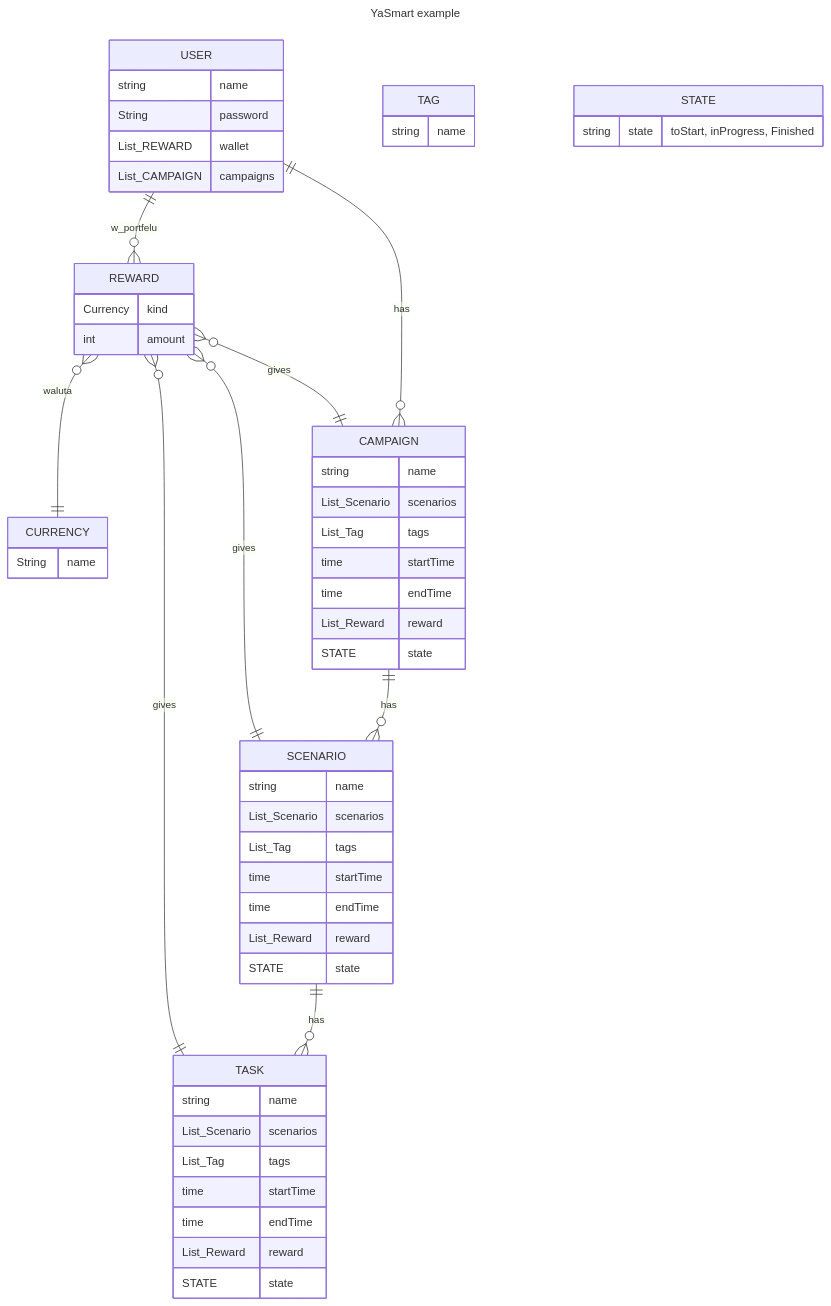
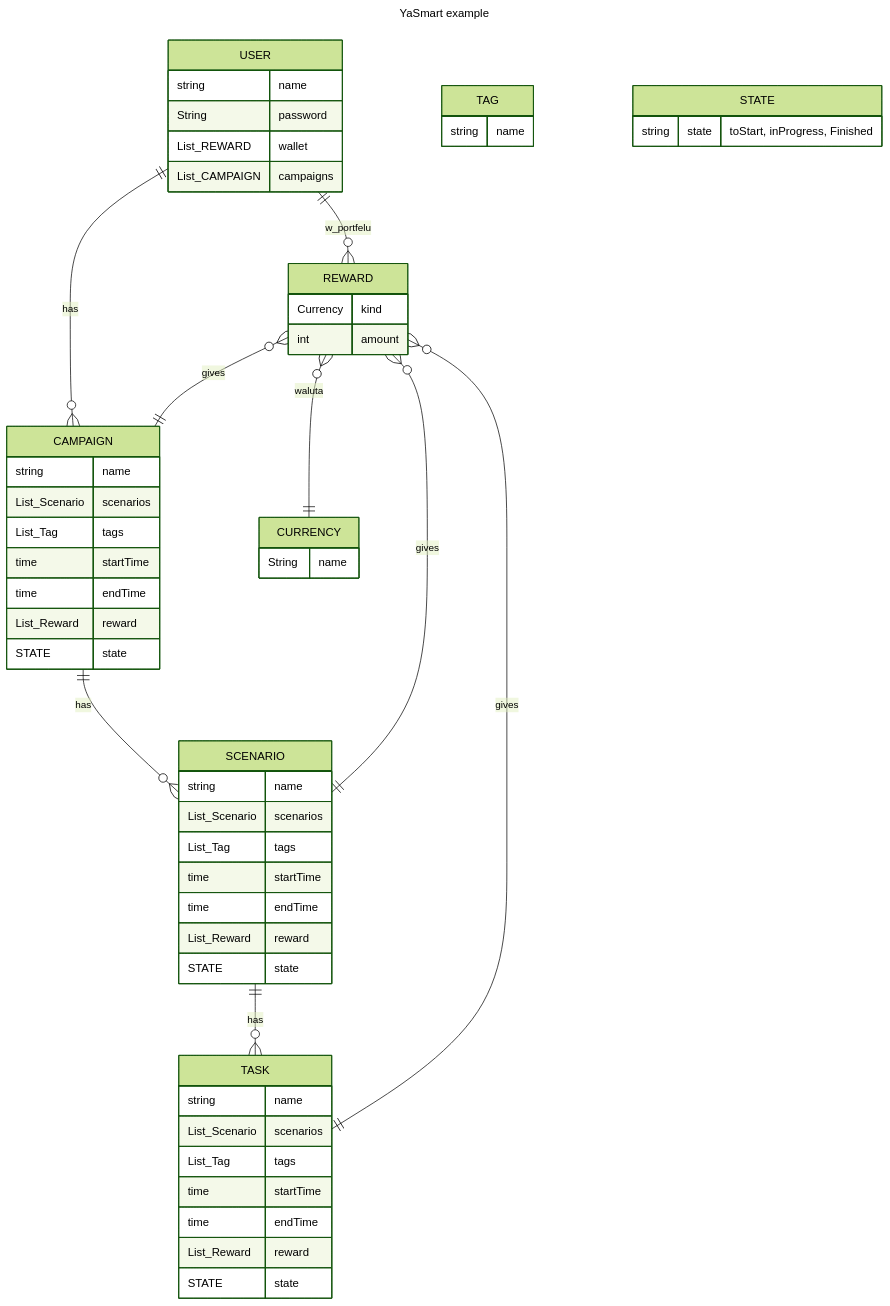
The diagram in idee.md (pikolinianita/YaSmart), drawn with Mermaid before and after one commit.

````diff
--- a/idee.md
+++ b/idee.md
@@ -21,62 +21,61 @@
 ```mermaid
 ---
 title: YaSmart example
 ---
+%%{init: {'theme':'forest'}}%%
 erDiagram
- USER ||--o{ REWARD : w_portfelu
+ USER ||--o{ CAMPAIGN : has
+CAMPAIGN ||--o{ SCENARIO : has
+SCENARIO ||--o{ TASK : has
  REWARD }o--|| CURRENCY : waluta
 REWARD }o--|| CAMPAIGN : gives
 REWARD }o--|| SCENARIO : gives
 REWARD }o--|| TASK : gives
- USER ||--o{ CAMPAIGN : has
-CAMPAIGN ||--o{ SCENARIO : has
-SCENARIO ||--o{ TASK : has
-
- 
+ USER ||--o{ REWARD : w_portfelu
     USER {
     string name
     String password
     List_REWARD wallet
     List_CAMPAIGN campaigns    
     }
 REWARD {
     Currency kind
     int amount
     }
 CURRENCY {
     String name
     }
 CAMPAIGN{
 string name
 List_Scenario scenarios
 List_Tag tags
 time startTime
 time endTime
 List_Reward reward
 STATE state
 }
 SCENARIO {
 string name
 List_Scenario scenarios
 List_Tag tags
 time startTime
 time endTime
 List_Reward reward
 STATE state
 }
 TASK{
 string name
 List_Scenario scenarios
 List_Tag tags
 time startTime
 time endTime
 List_Reward reward
 STATE state
 }
 TAG {
 string name
 }
 STATE {
 string state "toStart, inProgress, Finished"
 }
 ```
````
